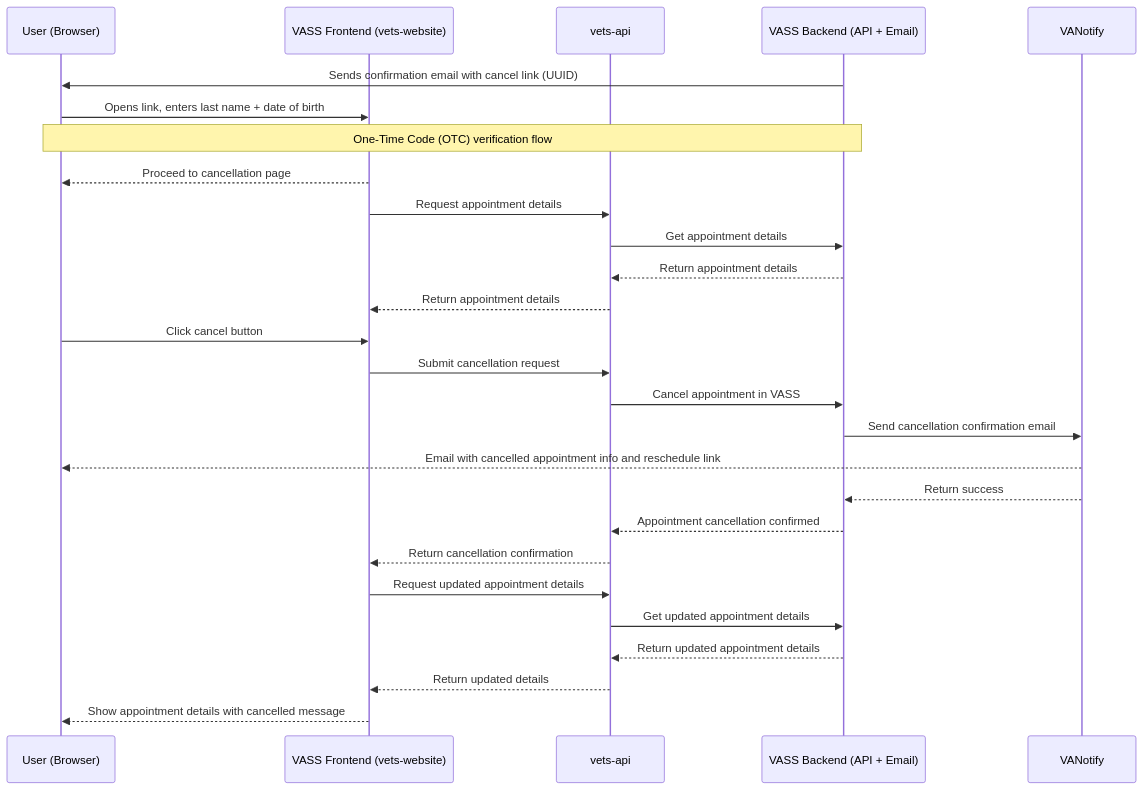
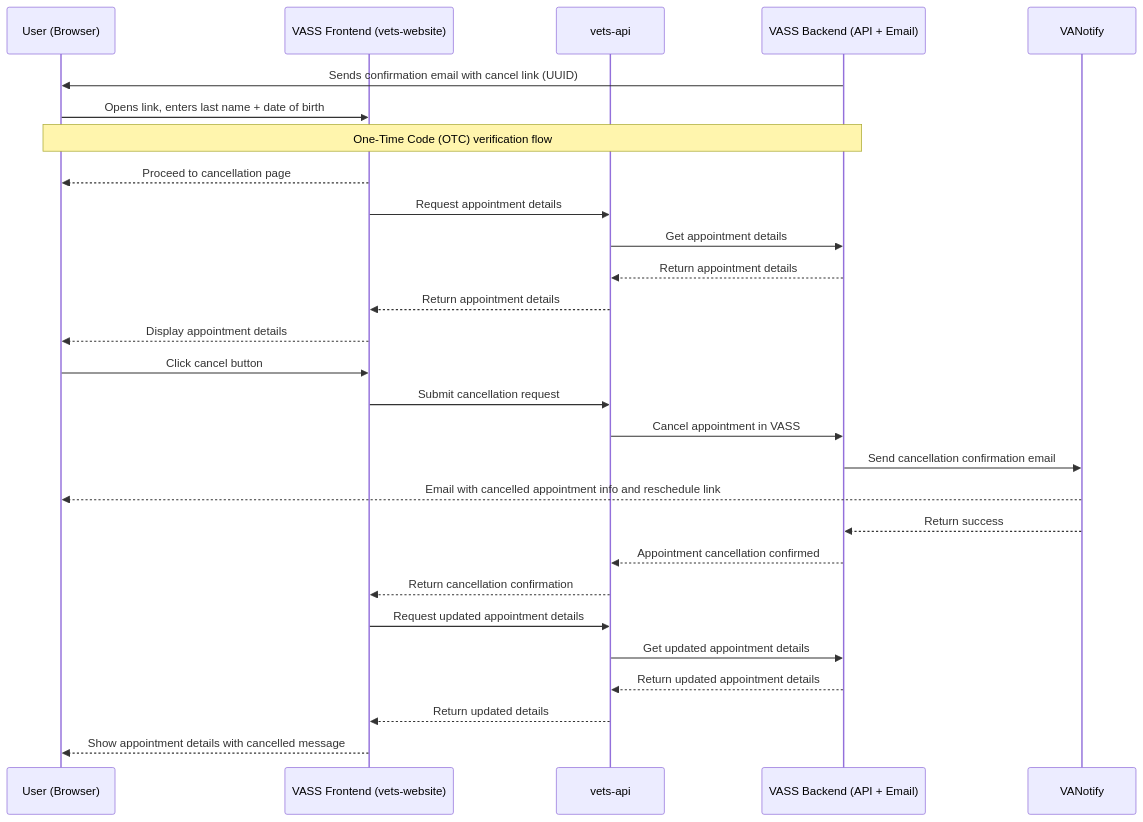
The second of 3 diagrams in products/health-care/appointments/va-online-scheduling/initiatives/solid-start-scheduling/engineering/sequence-diagrams/otc-flow.md (department-of-veterans-affairs/va.gov-team), drawn with Mermaid before and after one commit. The commit also changed other lines of this file, not shown here.

````diff
--- a/products/health-care/appointments/va-online-scheduling/initiatives/solid-start-scheduling/engineering/sequence-diagrams/otc-flow.md
+++ b/products/health-care/appointments/va-online-scheduling/initiatives/solid-start-scheduling/engineering/sequence-diagrams/otc-flow.md
@@ -49,41 +51,42 @@
 ``` mermaid
 sequenceDiagram
     participant user as User (Browser)
     participant vetsWebsite as VASS Frontend (vets-website)
     participant vetsApi as vets-api
     participant vassBackend as VASS Backend (API + Email)
     participant vaNotify as VANotify
 
     %% Step 1: Confirmation Email
     vassBackend->>user: Sends confirmation email with cancel link (UUID)
 
     %% Step 2: User validates identity
     user->>vetsWebsite: Opens link, enters last name + date of birth
     Note over user,vassBackend: One-Time Code (OTC) verification flow
     vetsWebsite-->>user: Proceed to cancellation page
 
     %% Step 3: Retrieve appointment details
     vetsWebsite->>vetsApi: Request appointment details
     vetsApi->>vassBackend: Get appointment details
     vassBackend-->>vetsApi: Return appointment details
     vetsApi-->>vetsWebsite: Return appointment details
+    vetsWebsite-->>user: Display appointment details
     user->>vetsWebsite: Click cancel button
 
     %% Step 4: Cancel appointment
     vetsWebsite->>vetsApi: Submit cancellation request
     vetsApi->>vassBackend: Cancel appointment in VASS
     
     vassBackend->>vaNotify: Send cancellation confirmation email
     vaNotify-->>user: Email with cancelled appointment info and reschedule link
     vaNotify-->>vassBackend: Return success
     vassBackend-->>vetsApi: Appointment cancellation confirmed
     vetsApi-->>vetsWebsite: Return cancellation confirmation
 
     %% Step 5: Refresh appointment details
     vetsWebsite->>vetsApi: Request updated appointment details
     vetsApi->>vassBackend: Get updated appointment details
     vassBackend-->>vetsApi: Return updated appointment details
     vetsApi-->>vetsWebsite: Return updated details
     vetsWebsite-->>user: Show appointment details with cancelled message
 
 ```
````
